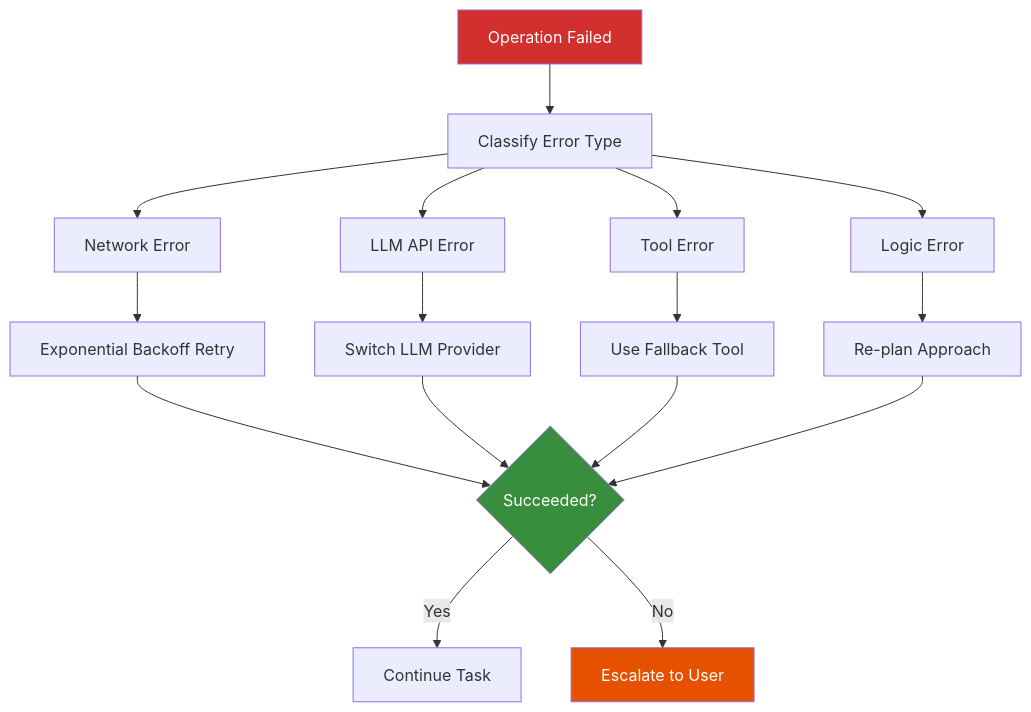
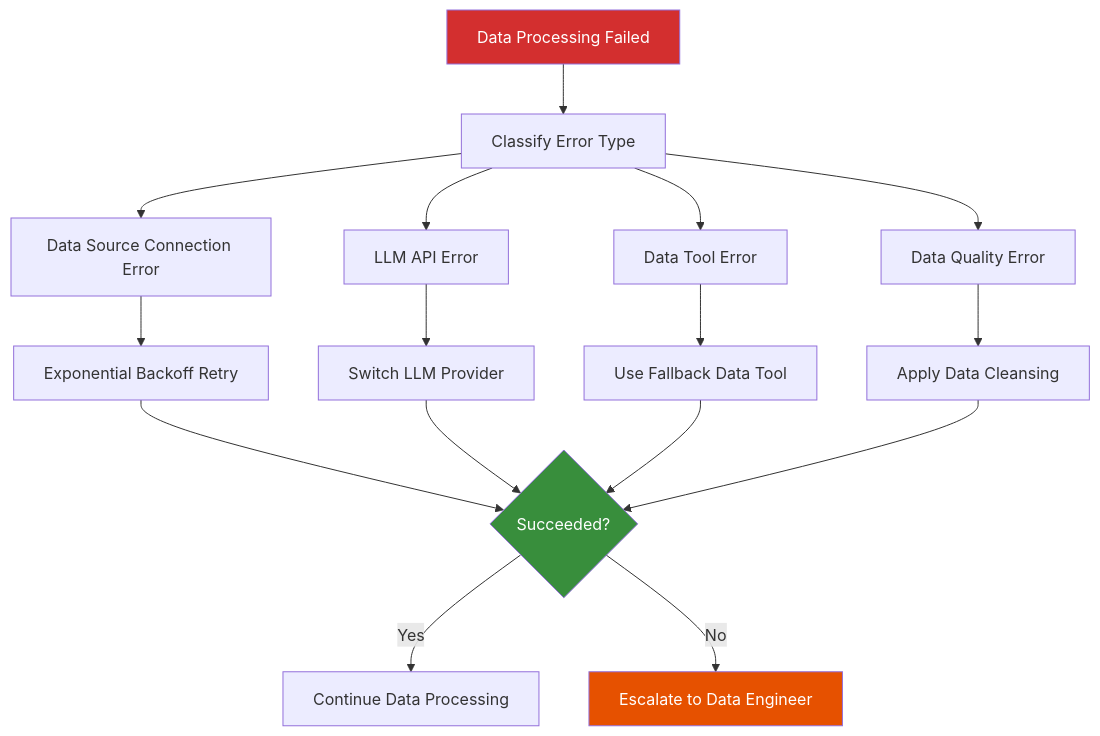
Diagram 13 of 15 in docs-content/01_frameworks/Session1_ModuleD_Coding_Assistant_Case_Study.md (fwornle/agentic-ai-nano), drawn with Mermaid before and after one commit. The commit also changed other lines of this file and 18 other files, not shown here.

````diff
--- a/docs-content/01_frameworks/Session1_ModuleD_Coding_Assistant_Case_Study.md
+++ b/docs-content/01_frameworks/Session1_ModuleD_Coding_Assistant_Case_Study.md
@@ -821,26 +850,26 @@
 ```mermaid
 graph TD
-    ERROR[Operation Failed] --> CLASSIFY[Classify Error Type]
+    ERROR[Data Processing Failed] --> CLASSIFY[Classify Error Type]
     
-    CLASSIFY --> NETWORK[Network Error]
+    CLASSIFY --> NETWORK[Data Source Connection Error]
     CLASSIFY --> LLM[LLM API Error] 
-    CLASSIFY --> TOOL[Tool Error]
-    CLASSIFY --> LOGIC[Logic Error]
+    CLASSIFY --> TOOL[Data Tool Error]
+    CLASSIFY --> QUALITY[Data Quality Error]
     
     NETWORK --> RETRY[Exponential Backoff Retry]
     LLM --> SWITCH[Switch LLM Provider]
-    TOOL --> FALLBACK[Use Fallback Tool]
-    LOGIC --> REPLAN[Re-plan Approach]
+    TOOL --> FALLBACK[Use Fallback Data Tool]
+    QUALITY --> CLEAN[Apply Data Cleansing]
     
     RETRY --> SUCCESS{Succeeded?}
     SWITCH --> SUCCESS
     FALLBACK --> SUCCESS
-    REPLAN --> SUCCESS
+    CLEAN --> SUCCESS
     
-    SUCCESS -->|Yes| CONTINUE[Continue Task]
-    SUCCESS -->|No| ESCALATE[Escalate to User]
+    SUCCESS -->|Yes| CONTINUE[Continue Data Processing]
+    SUCCESS -->|No| ESCALATE[Escalate to Data Engineer]
     
     style ERROR fill:#D32F2F,color:#ffffff
     style SUCCESS fill:#388E3C,color:#ffffff
     style ESCALATE fill:#E65100,color:#ffffff
 ```
````
